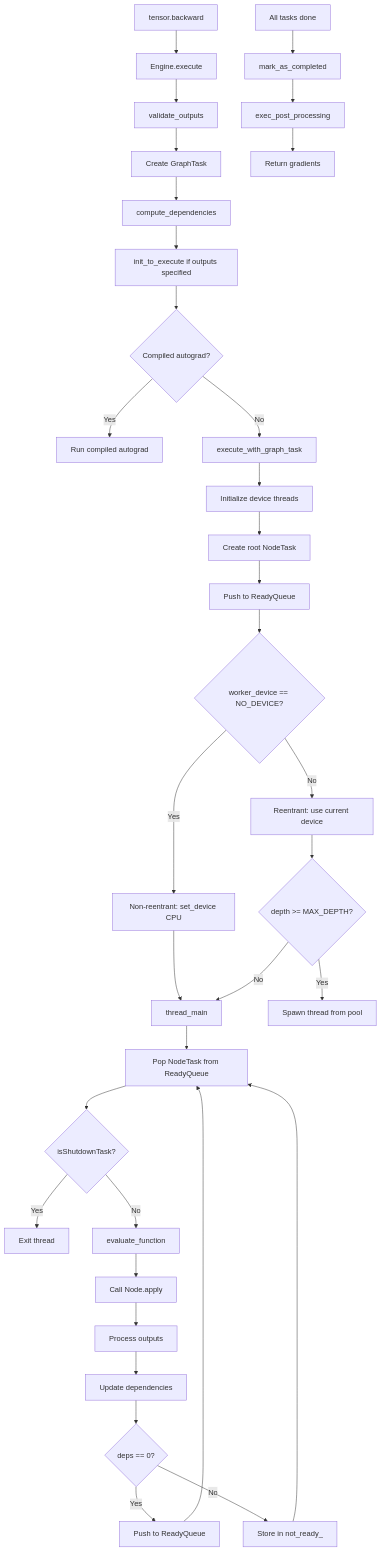
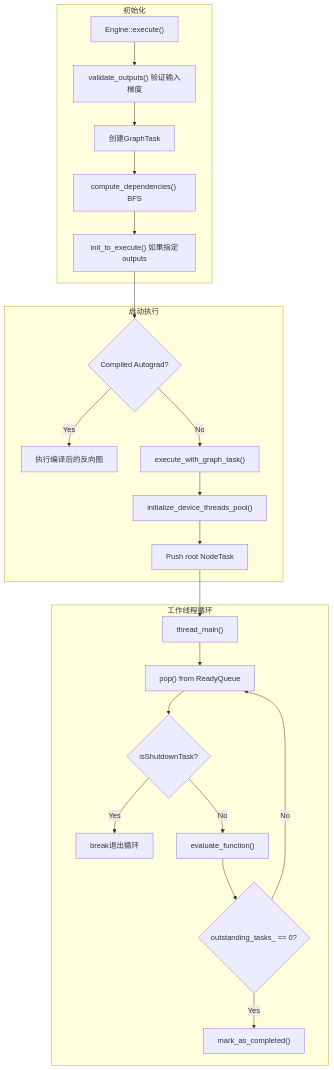
The third of 11 diagrams in torch/opencode_kimi_autograd_engine.md (s0okiym/share), drawn with Mermaid before and after one commit. The commit also changed other lines of this file and 9 other files, not shown here.

````diff
--- a/torch/opencode_kimi_autograd_engine.md
+++ b/torch/opencode_kimi_autograd_engine.md
@@ -307,44 +373,28 @@
 ```mermaid
 flowchart TD
-    A["tensor.backward"] --> B["Engine.execute"]
-    B --> C["validate_outputs"]
-    C --> D["Create GraphTask"]
-    D --> E["compute_dependencies"]
-    E --> F["init_to_execute if outputs specified"]
-    F --> G{"Compiled autograd?"}
-    
-    G -->|Yes| H["Run compiled autograd"]
-    G -->|No| I["execute_with_graph_task"]
-    
-    I --> J["Initialize device threads"]
-    J --> K["Create root NodeTask"]
-    K --> L["Push to ReadyQueue"]
-    
-    L --> M{"worker_device == NO_DEVICE?"}
-    M -->|Yes| N["Non-reentrant: set_device CPU"]
-    M -->|No| O["Reentrant: use current device"]
-    
-    N --> P["thread_main"]
-    O --> Q{"depth >= MAX_DEPTH?"}
-    Q -->|Yes| R["Spawn thread from pool"]
-    Q -->|No| P
-    
-    P --> S["Pop NodeTask from ReadyQueue"]
-    S --> T{"isShutdownTask?"}
-    T -->|Yes| U["Exit thread"]
-    T -->|No| V["evaluate_function"]
-    
-    V --> W["Call Node.apply"]
-    W --> X["Process outputs"]
-    X --> Y["Update dependencies"]
-    Y --> Z{"deps == 0?"}
-    Z -->|Yes| AA["Push to ReadyQueue"]
-    Z -->|No| AB["Store in not_ready_"]
-    
-    AA --> S
-    AB --> S
-    
-    AC["All tasks done"] --> AD["mark_as_completed"]
-    AD --> AE["exec_post_processing"]
-    AE --> AF["Return gradients"]
+    subgraph "初始化"
+        A["Engine::execute()"] --> B["validate_outputs() 验证输入梯度"]
+        B --> C["创建GraphTask"]
+        C --> D["compute_dependencies() BFS"]
+        D --> E["init_to_execute() 如果指定outputs"]
+    end
+
+    subgraph "启动执行"
+        E --> F{"Compiled Autograd?"}
+        F -->|Yes| G["执行编译后的反向图"]
+        F -->|No| H["execute_with_graph_task()"]
+        H --> I["initialize_device_threads_pool()"]
+        I --> J["Push root NodeTask"]
+    end
+
+    subgraph "工作线程循环"
+        J --> K["thread_main()"]
+        K --> L["pop() from ReadyQueue"]
+        L --> M{"isShutdownTask?"}
+        M -->|Yes| N["break退出循环"]
+        M -->|No| O["evaluate_function()"]
+        O --> P{"outstanding_tasks_ == 0?"}
+        P -->|Yes| Q["mark_as_completed()"]
+        P -->|No| L
+    end
 ```
````
